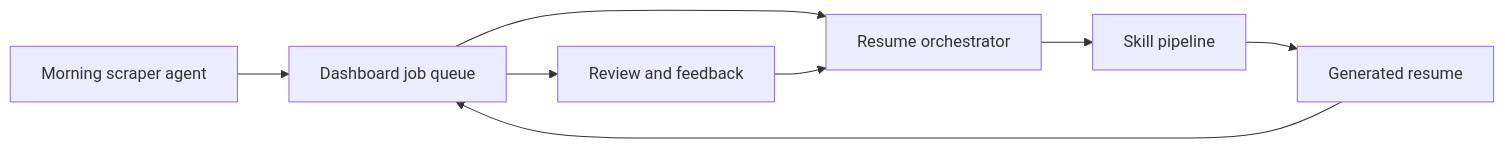
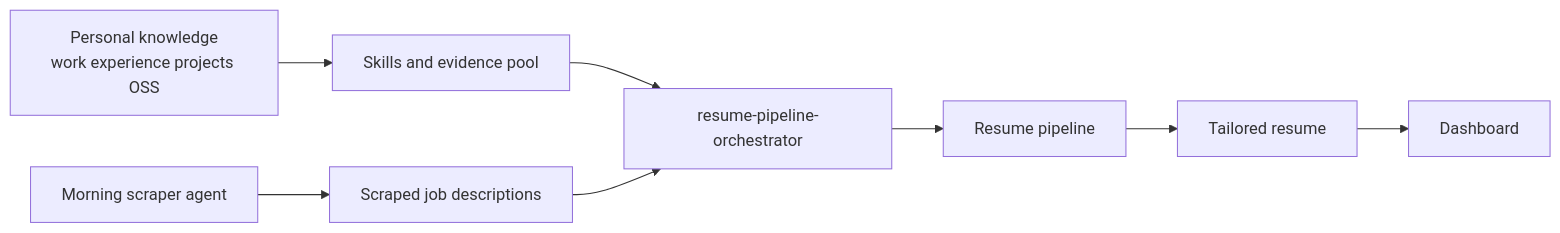
One commit to Aryan1718/hermes-autonomous-resume changed the diagram in docs-site/docs/getting-started/introduction.md. Above: the diagram before and after it, drawn with Mermaid. The commit also changed other lines of this file and 1 other file, not shown here.

````diff
--- a/docs-site/docs/getting-started/introduction.md
+++ b/docs-site/docs/getting-started/introduction.md
@@ -68,10 +44,10 @@
 ```mermaid
 flowchart LR
-  A[Morning scraper agent] --> B[Dashboard job queue]
-  B --> C[Resume orchestrator]
-  C --> D[Skill pipeline]
-  D --> E[Generated resume]
-  E --> B
-  B --> F[Review and feedback]
-  F --> C
+  A[Personal knowledge<br/>work experience projects OSS] --> B[Skills and evidence pool]
+  C[Morning scraper agent] --> D[Scraped job descriptions]
+  B --> E[resume-pipeline-orchestrator]
+  D --> E
+  E --> F[Resume pipeline]
+  F --> G[Tailored resume]
+  G --> H[Dashboard]
 ```
````
